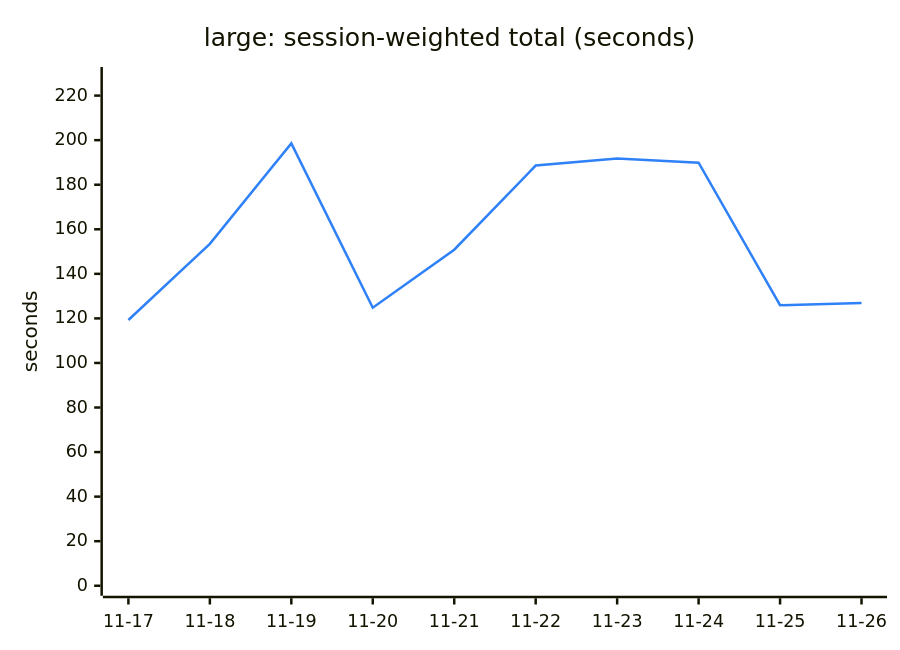
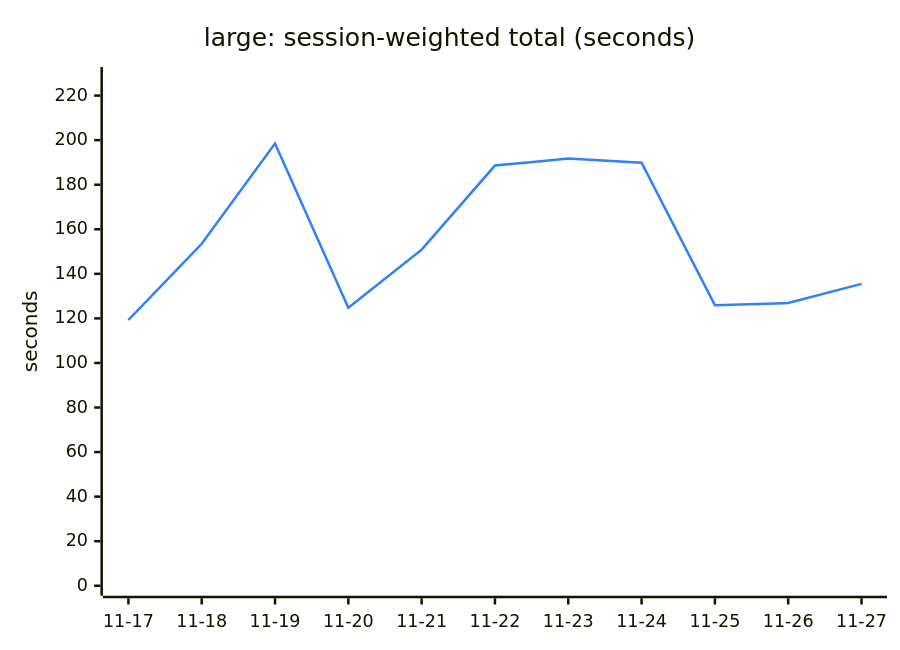
One commit to Ricovl/mxcli changed the second of 6 diagrams in TREND.md. Above: the diagram before and after it, drawn with Mermaid. The commit also changed other lines of this file and 2 other files, not shown here.

````diff
--- a/TREND.md
+++ b/TREND.md
@@ -48,13 +48,13 @@
 ```mermaid
 ---
 config:
   themeVariables:
     xyChart:
       plotColorPalette: "#2f81f7"
 ---
 xychart-beta
     title "large: session-weighted total (seconds)"
-    x-axis ["11-17", "11-18", "11-19", "11-20", "11-21", "11-22", "11-23", "11-24", "11-25", "11-26"]
+    x-axis ["11-17", "11-18", "11-19", "11-20", "11-21", "11-22", "11-23", "11-24", "11-25", "11-26", "11-27"]
     y-axis "seconds" 0 --> 228.35
-    line [119.28, 153.48, 198.56, 124.78, 150.84, 188.60, 191.73, 189.88, 125.93, 126.91]
+    line [119.28, 153.48, 198.56, 124.78, 150.84, 188.60, 191.73, 189.88, 125.93, 126.91, 135.51]
 ```
````
